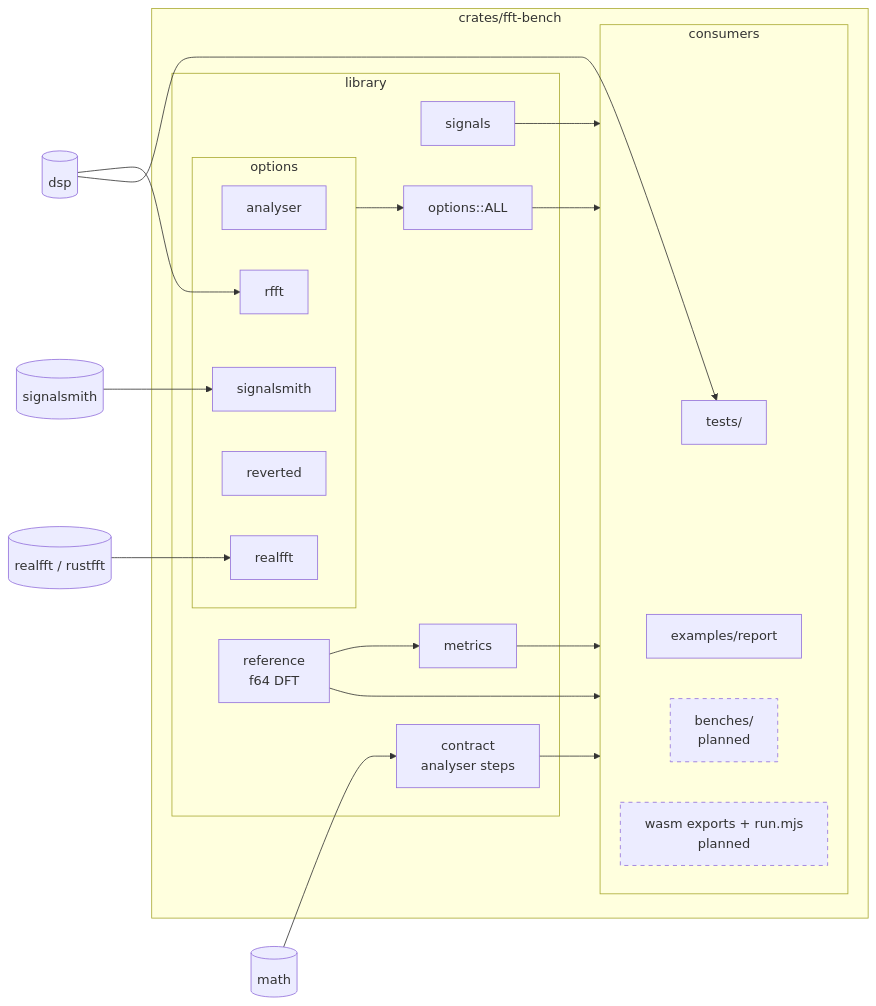
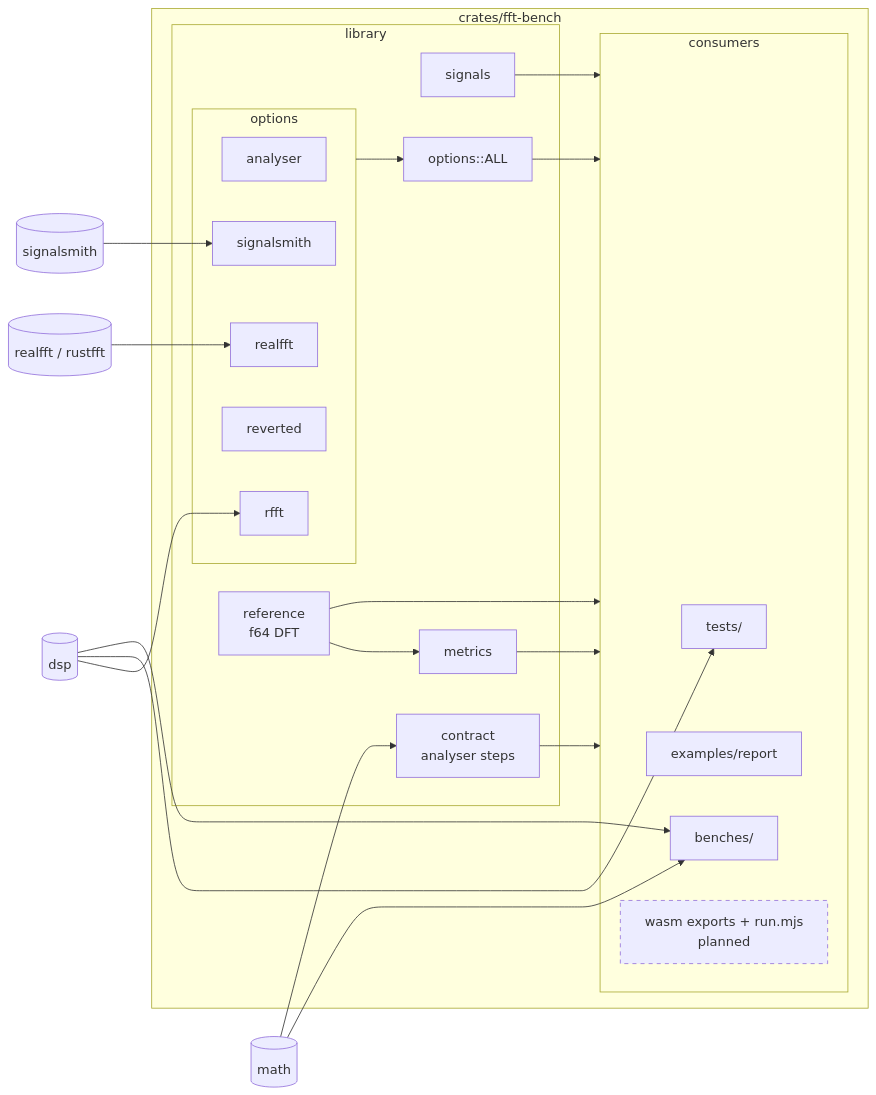
One commit to BLyndon/openDAW changed the first of 2 diagrams in crates/fft-bench/docs/architecture.md. Above: the diagram before and after it, drawn with Mermaid. The commit also changed other lines of this file and 14 other files, not shown here.

````diff
--- a/crates/fft-bench/docs/architecture.md
+++ b/crates/fft-bench/docs/architecture.md
@@ -31,43 +32,45 @@
 ```mermaid
 flowchart LR
     dsp[(dsp)]
     math[(math)]
     signalsmith_crate[(signalsmith)]
     realfft_crate[(realfft / rustfft)]
     subgraph harness[crates/fft-bench]
         subgraph library[library]
             signals
             reference[reference<br/>f64 DFT]
             metrics
             contract[contract<br/>analyser steps]
             registry[options::ALL]
             subgraph options[options]
                 analyser
                 rfft_opt[rfft]
                 signalsmith_opt[signalsmith]
                 reverted
                 realfft_opt[realfft]
             end
         end
         subgraph consumers[consumers]
             tests[tests/]
             report[examples/report]
-            benches[benches/<br/>planned]
+            benches[benches/]
             wasm[wasm exports + run.mjs<br/>planned]
         end
     end
     reference --> metrics
     options --> registry
     math --> contract
     dsp --> rfft_opt
     dsp --> tests
+    dsp --> benches
+    math --> benches
     signalsmith_crate --> signalsmith_opt
     realfft_crate --> realfft_opt
     signals --> consumers
     reference --> consumers
     metrics --> consumers
     contract --> consumers
     registry --> consumers
     classDef planned stroke-dasharray: 5 5
-    class benches,wasm planned
+    class wasm planned
 ```
````
